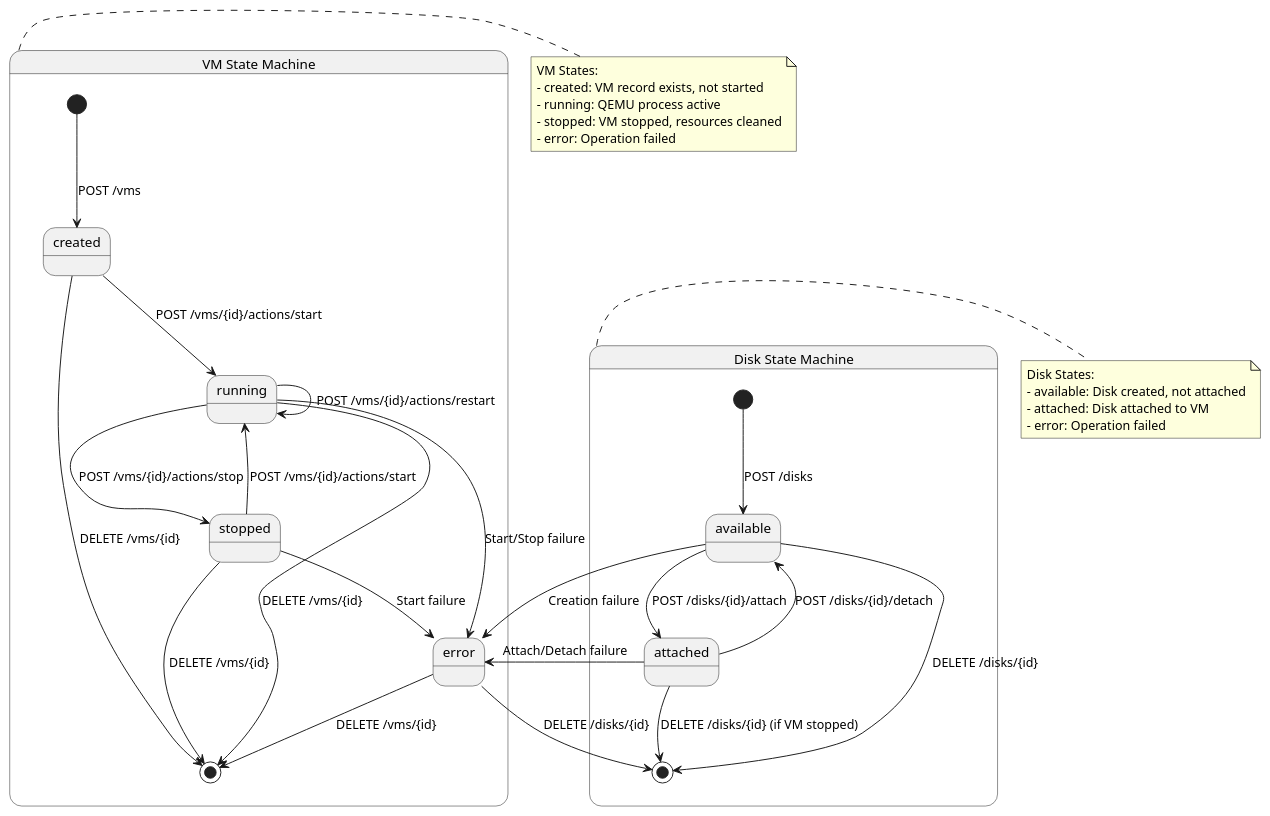
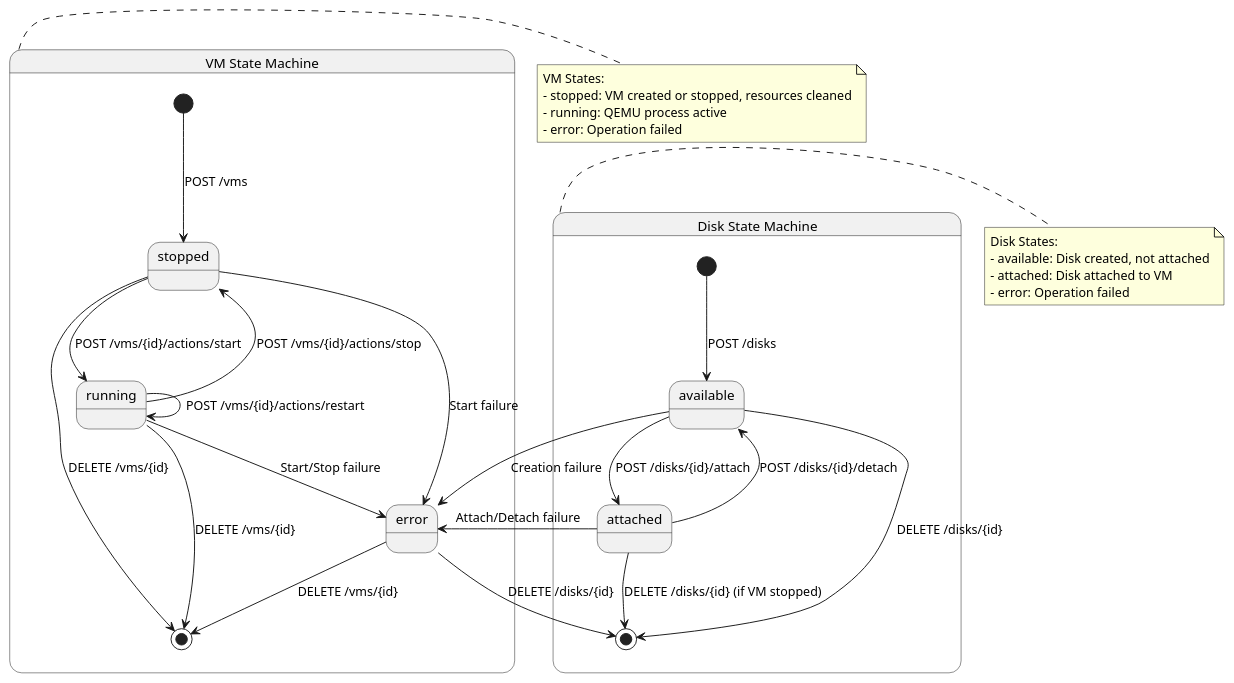
The diagram in docs/architecture/state-diagram.puml (blawesom/vm_manager), drawn with PlantUML before and after one commit. The commit also changed 1 other file, not shown here.

Commit message:
Fix API cohesiveness: add missing endpoints, remove unused paused state, update state diagram

```diff
--- a/docs/architecture/state-diagram.puml
+++ b/docs/architecture/state-diagram.puml
@@ -1,50 +1,46 @@
 @startuml VM and Disk State Diagrams
 
 state "VM State Machine" as VMState {
-    [*] --> created : POST /vms
-    
-    created --> running : POST /vms/{id}/actions/start
-    created --> [*] : DELETE /vms/{id}
+    [*] --> stopped : POST /vms
     
     running --> stopped : POST /vms/{id}/actions/stop
     running --> running : POST /vms/{id}/actions/restart
     running --> [*] : DELETE /vms/{id}
     
     stopped --> running : POST /vms/{id}/actions/start
     stopped --> [*] : DELETE /vms/{id}
     
     running --> error : Start/Stop failure
     stopped --> error : Start failure
     error --> [*] : DELETE /vms/{id}
 }
 
 state "Disk State Machine" as DiskState {
     [*] --> available : POST /disks
     
     available --> attached : POST /disks/{id}/attach
     available --> [*] : DELETE /disks/{id}
     
     attached --> available : POST /disks/{id}/detach
     attached --> [*] : DELETE /disks/{id} (if VM stopped)
     
     available --> error : Creation failure
     attached --> error : Attach/Detach failure
     error --> [*] : DELETE /disks/{id}
 }
 
 note right of VMState
   VM States:
-  - created: VM record exists, not started
+  - stopped: VM created or stopped, resources cleaned
   - running: QEMU process active
-  - stopped: VM stopped, resources cleaned
   - error: Operation failed
 end note
 
 note right of DiskState
   Disk States:
   - available: Disk created, not attached
   - attached: Disk attached to VM
   - error: Operation failed
 end note
 
 @enduml
```
